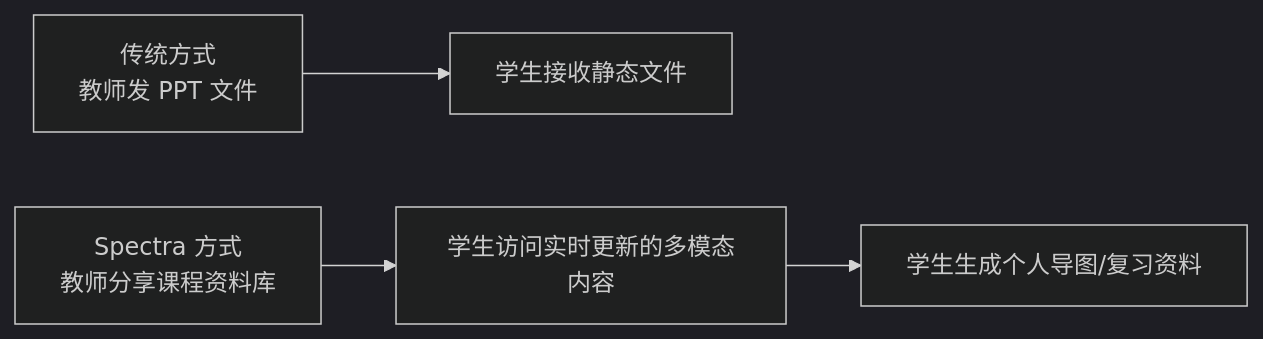
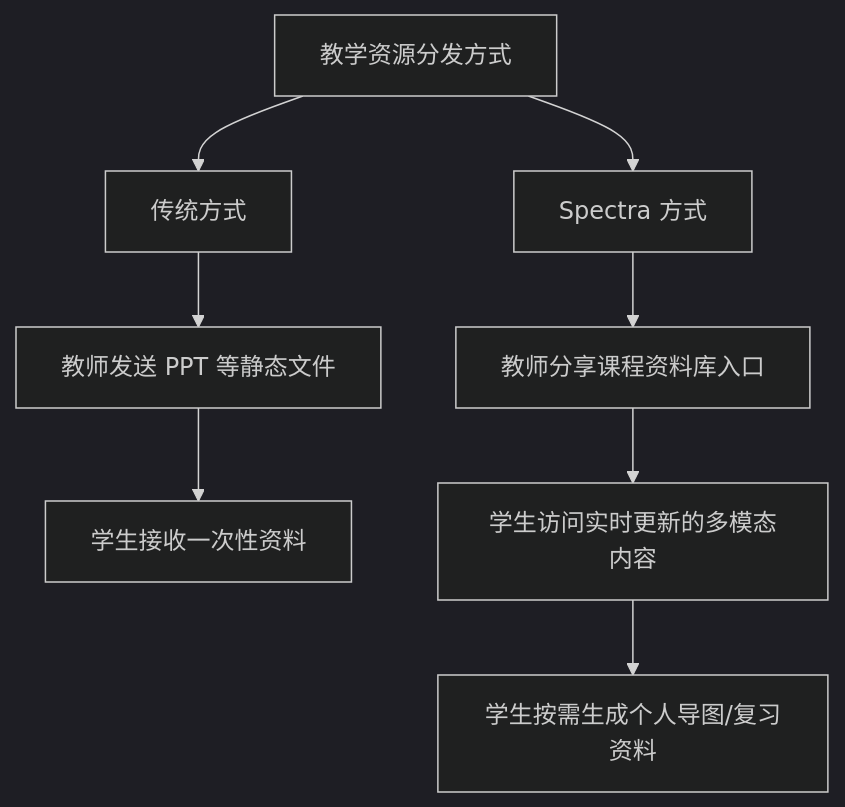
One commit to ln-one/Spectra changed the diagram in docs/competition/01-overview.md. Above: the diagram before and after it, drawn with Mermaid (dark theme). The commit also changed 3 other files, not shown here.

Commit message:
Refine competition Mermaid diagrams

````diff
--- a/docs/competition/01-overview.md
+++ b/docs/competition/01-overview.md
@@ -106,6 +106,10 @@
 ```mermaid
-flowchart LR
-    A["传统方式<br/>教师发 PPT 文件"] --> B["学生接收静态文件"]
-    C["Spectra 方式<br/>教师分享课程资料库"] --> D["学生访问实时更新的多模态内容"]
-    D --> E["学生生成个人导图/复习资料"]
+flowchart TB
+    A["教学资源分发方式"] --> B["传统方式"]
+    A --> C["Spectra 方式"]
+    B --> D["教师发送 PPT 等静态文件"]
+    D --> E["学生接收一次性资料"]
+    C --> F["教师分享课程资料库入口"]
+    F --> G["学生访问实时更新的多模态内容"]
+    G --> H["学生按需生成个人导图/复习资料"]
 ```
````
